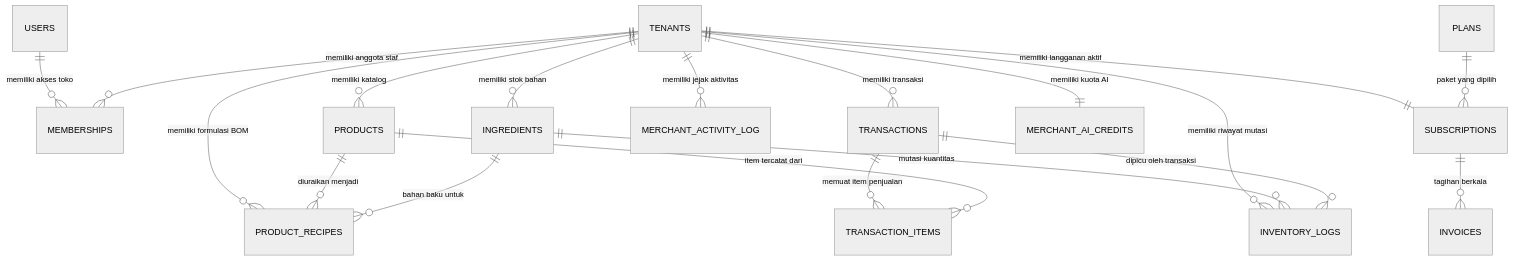
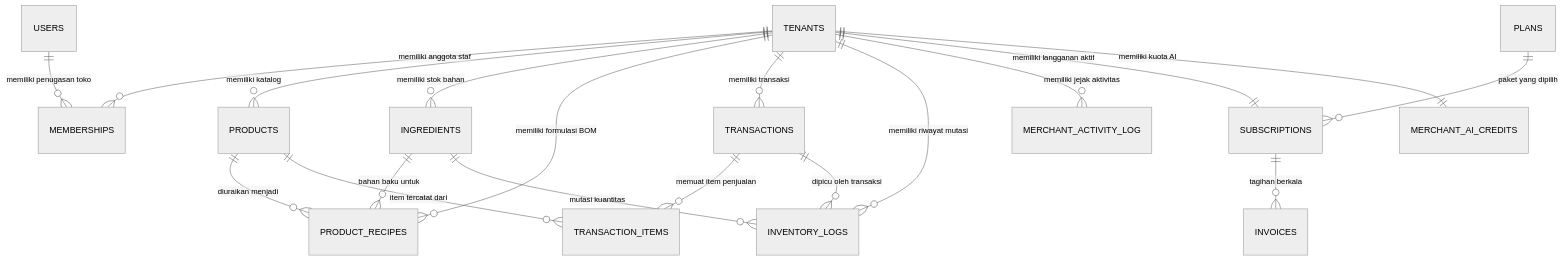
One commit to slaks37/kasir-newhope changed the first of 3 diagrams in Dokumentasi.md. Above: the diagram before and after it, drawn with Mermaid (neutral theme). The commit also changed other lines of this file and 6 other files, not shown here.

Commit message:
feat(architecture): promote tenants to platform entity under internal.tenants and isolate pos to store operations

````diff
--- a/Dokumentasi.md
+++ b/Dokumentasi.md
@@ -80,22 +80,22 @@
 ```mermaid
 erDiagram
-    USERS ||--o{ MEMBERSHIPS : "memiliki akses toko"
     TENANTS ||--o{ MEMBERSHIPS : "memiliki anggota staf"
+    USERS ||--o{ MEMBERSHIPS : "memiliki penugasan toko"
     TENANTS ||--o{ PRODUCTS : "memiliki katalog"
     TENANTS ||--o{ INGREDIENTS : "memiliki stok bahan"
     TENANTS ||--o{ PRODUCT_RECIPES : "memiliki formulasi BOM"
     TENANTS ||--o{ TRANSACTIONS : "memiliki transaksi"
     TENANTS ||--o{ INVENTORY_LOGS : "memiliki riwayat mutasi"
     TENANTS ||--o{ MERCHANT_ACTIVITY_LOG : "memiliki jejak aktivitas"
     TENANTS ||--|| SUBSCRIPTIONS : "memiliki langganan aktif"
     TENANTS ||--|| MERCHANT_AI_CREDITS : "memiliki kuota AI"
 
     PRODUCTS ||--o{ PRODUCT_RECIPES : "diuraikan menjadi"
     INGREDIENTS ||--o{ PRODUCT_RECIPES : "bahan baku untuk"
     TRANSACTIONS ||--o{ TRANSACTION_ITEMS : "memuat item penjualan"
     PRODUCTS ||--o{ TRANSACTION_ITEMS : "item tercatat dari"
     INGREDIENTS ||--o{ INVENTORY_LOGS : "mutasi kuantitas"
     TRANSACTIONS ||--o{ INVENTORY_LOGS : "dipicu oleh transaksi"
     PLANS ||--o{ SUBSCRIPTIONS : "paket yang dipilih"
     SUBSCRIPTIONS ||--o{ INVOICES : "tagihan berkala"
 ```
````
